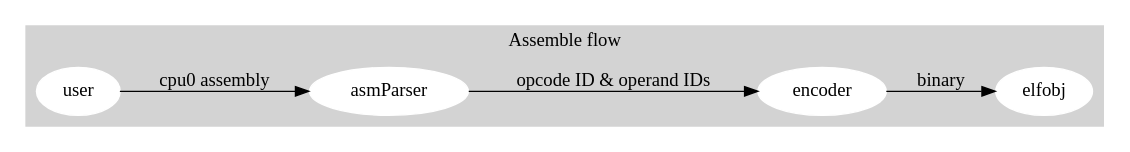
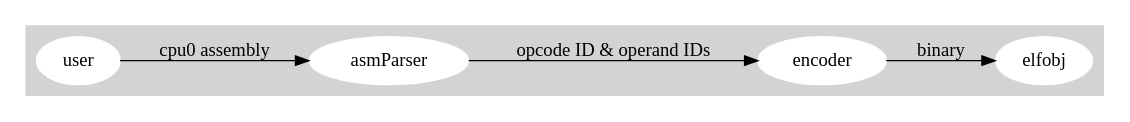
One commit to Jonathan2251/lbd changed the diagram in Fig/asm/asmDfd.gv. Above: the diagram before and after it, drawn with Graphviz. The commit also changed 26 other files, not shown here.

```diff
--- a/Fig/asm/asmDfd.gv
+++ b/Fig/asm/asmDfd.gv
@@ -1,15 +1,15 @@
 // Free usage license, author: Chung-Shu Chen 陳鍾樞
 // dot -tPng asmDfd.gv -oasmDfd.png
 
 digraph G {
   rankdir=LR;
   subgraph cluster_0 {
     style=filled;
-    label = "Assemble flow";
+//    label = "Assemble flow";
     node [style=filled,color=white]; user, asmParser, encoder, elfobj;
     user -> asmParser [ label = "cpu0 assembly" ];
     asmParser -> encoder [ label = "opcode ID & operand IDs" ];
     encoder -> elfobj [ label = "binary" ];
     color=lightgrey
   }
 }
```
